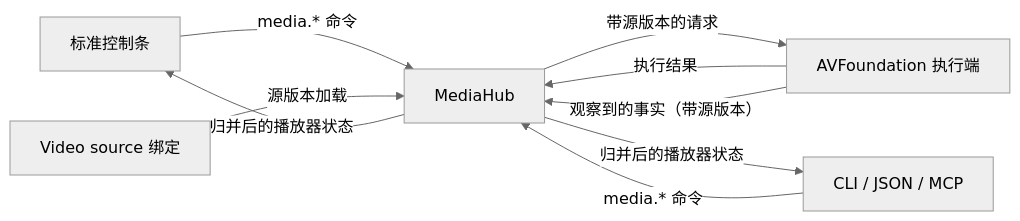
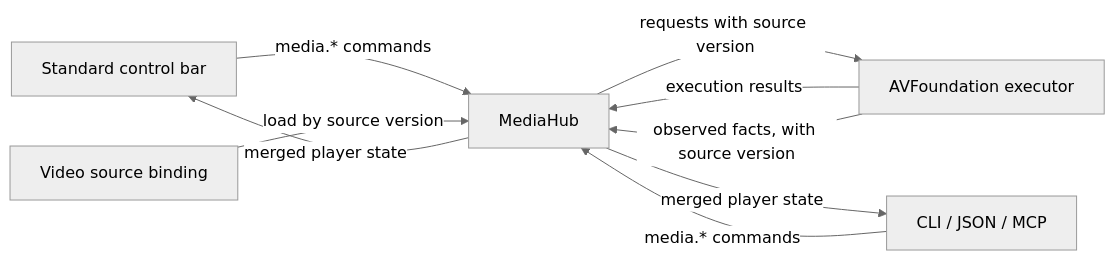
One commit to AimesSoft/Bern changed the second of 3 diagrams in Docs/Implementation/macOS-SwiftUI.md. Above: the diagram before and after it, drawn with Mermaid (neutral theme). The commit also changed other lines of this file and 59 other files, not shown here.

````diff
--- a/Docs/Implementation/macOS-SwiftUI.md
+++ b/Docs/Implementation/macOS-SwiftUI.md
@@ -294,11 +296,11 @@
 ```mermaid
 flowchart LR
-    Bar[标准控制条] -->|media.* 命令| Hub[MediaHub]
-    Ext[CLI / JSON / MCP] -->|media.* 命令| Hub
-    Decl[Video source 绑定] -->|源版本加载| Hub
-    Hub -->|带源版本的请求| AV[AVFoundation 执行端]
-    AV -->|执行结果| Hub
-    AV -->|观察到的事实（带源版本）| Hub
-    Hub -->|归并后的播放器状态| Bar
-    Hub -->|归并后的播放器状态| Ext
+    Bar[Standard control bar] -->|media.* commands| Hub[MediaHub]
+    Ext[CLI / JSON / MCP] -->|media.* commands| Hub
+    Decl[Video source binding] -->|load by source version| Hub
+    Hub -->|requests with source version| AV[AVFoundation executor]
+    AV -->|execution results| Hub
+    AV -->|observed facts, with source version| Hub
+    Hub -->|merged player state| Bar
+    Hub -->|merged player state| Ext
 ```
````
